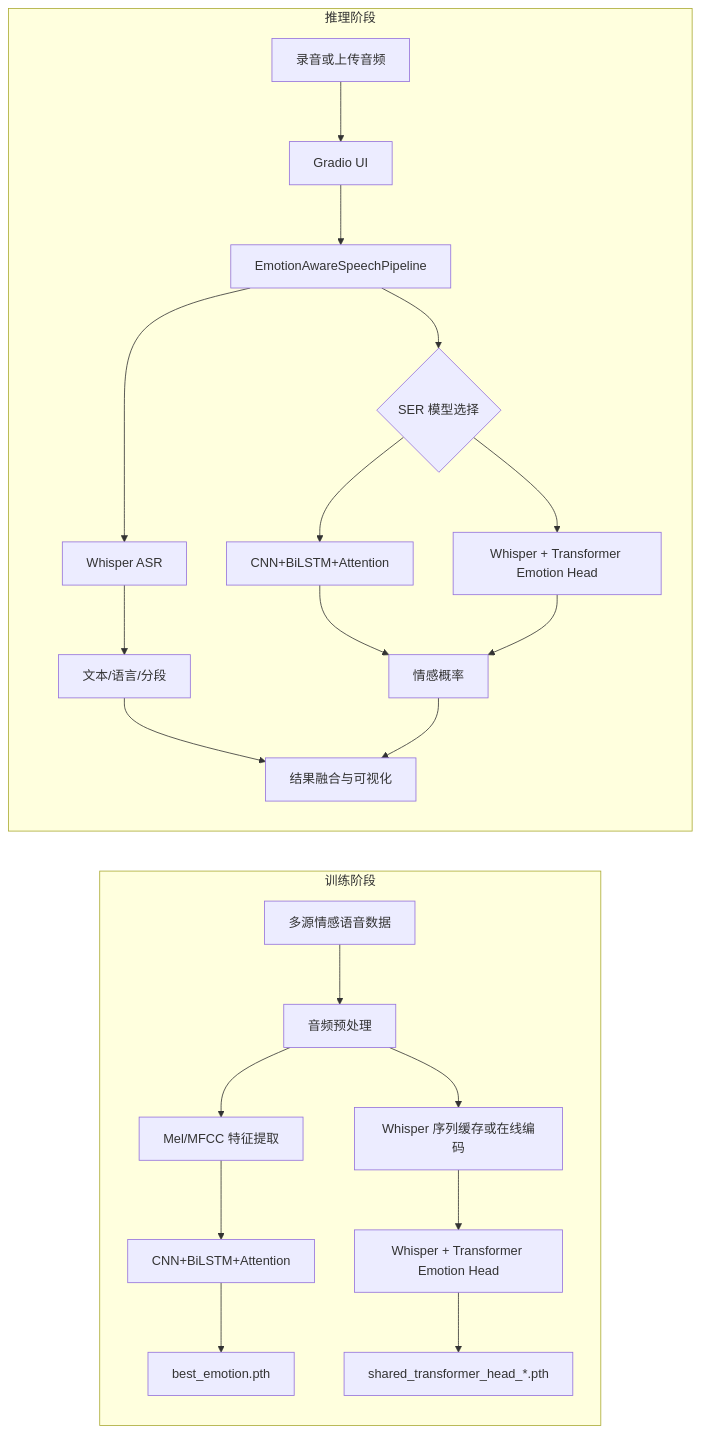
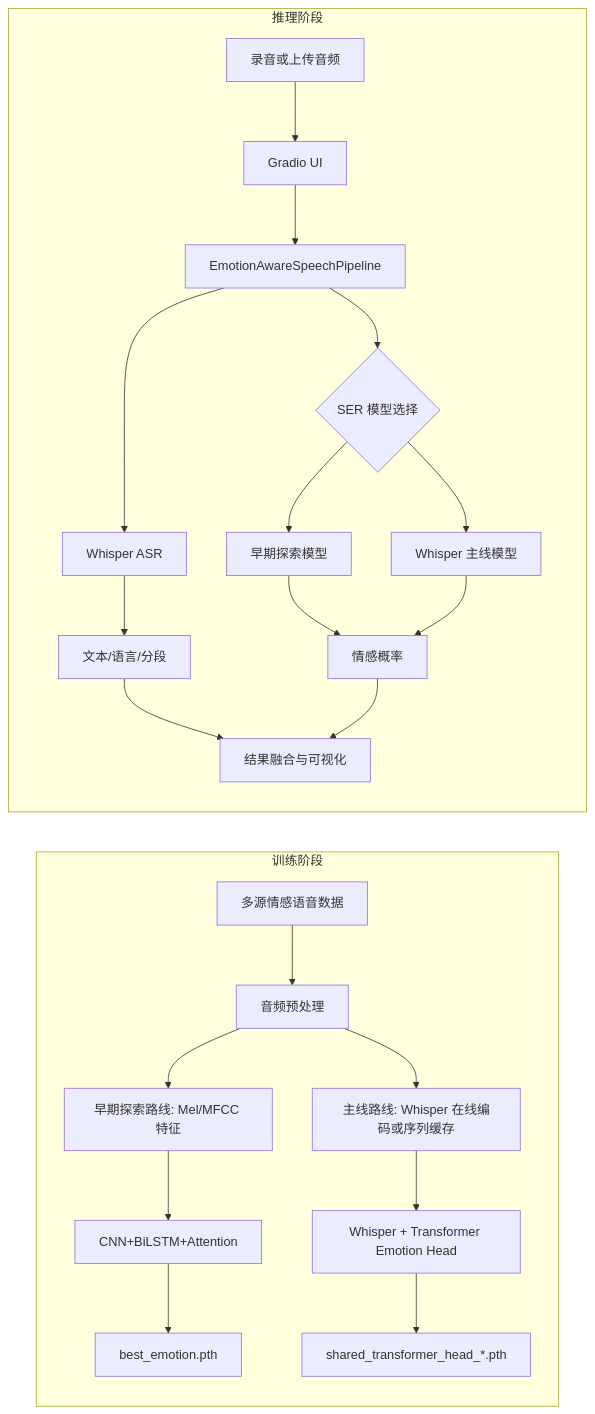
The first of 2 diagrams in README.md (quan35/Emotion-perception-driven-speech-recognition-system), drawn with Mermaid before and after one commit. The commit also changed other lines of this file and 29 other files, not shown here.

````diff
--- a/README.md
+++ b/README.md
@@ -160,26 +151,26 @@
 ```mermaid
 flowchart LR
     subgraph Training[训练阶段]
         A[多源情感语音数据] --> B[音频预处理]
-        B --> C[Mel/MFCC 特征提取]
-        B --> D[Whisper 序列缓存或在线编码]
+        B --> C[早期探索路线: Mel/MFCC 特征]
+        B --> D[主线路线: Whisper 在线编码或序列缓存]
         C --> E[CNN+BiLSTM+Attention]
         D --> F[Whisper + Transformer Emotion Head]
         E --> G[best_emotion.pth]
         F --> H[shared_transformer_head_*.pth]
     end
 
     subgraph Inference[推理阶段]
         I[录音或上传音频] --> J[Gradio UI]
         J --> K[EmotionAwareSpeechPipeline]
         K --> L[Whisper ASR]
         K --> M{SER 模型选择}
-        M --> N[CNN+BiLSTM+Attention]
-        M --> O[Whisper + Transformer Emotion Head]
+        M --> N[早期探索模型]
+        M --> O[Whisper 主线模型]
         L --> P[文本/语言/分段]
         N --> Q[情感概率]
         O --> Q
         P --> R[结果融合与可视化]
         Q --> R
     end
 ```
````
